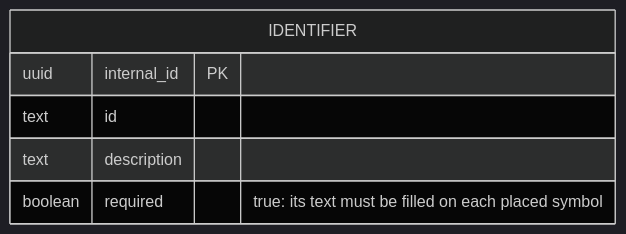
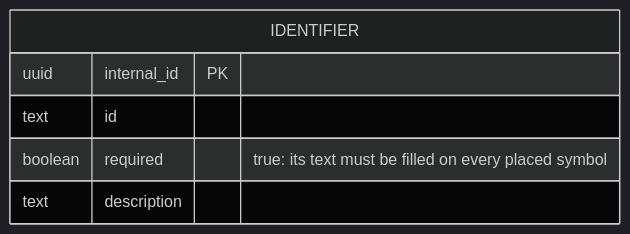
One commit to AlexandreGallais/synoptic-studio-spec changed the diagram in metadata/entities/01-identifier.md. Above: the diagram before and after it, drawn with Mermaid (dark theme). The commit also changed other lines of this file and 6 other files, not shown here.

````diff
--- a/metadata/entities/01-identifier.md
+++ b/metadata/entities/01-identifier.md
@@ -13,9 +13,9 @@
 ```mermaid
 erDiagram
     IDENTIFIER {
         uuid internal_id PK
         text id
+        boolean required "true: its text must be filled on every placed symbol"
         text description
-        boolean required "true: its text must be filled on each placed symbol"
     }
 ```
````
